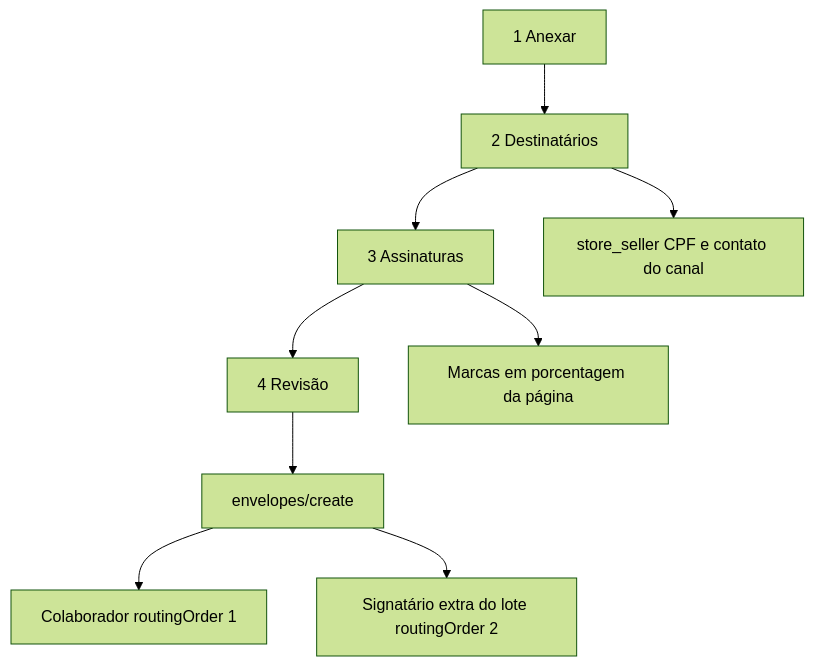
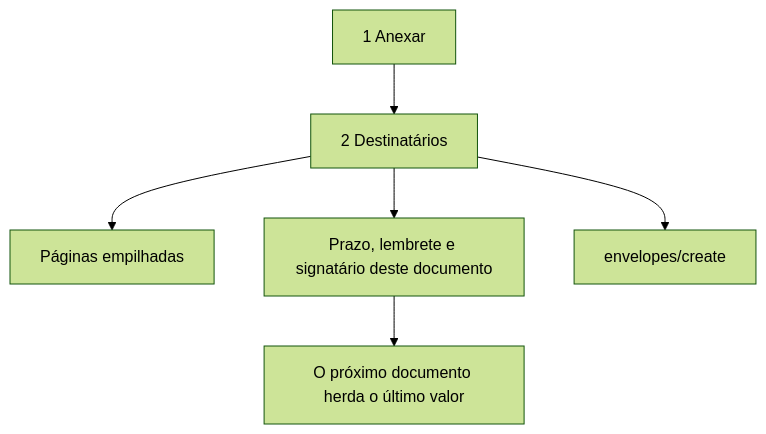
The second of 2 diagrams in .specs/features/document-signing/design.md (santanaebessaltda/wdash), drawn with Mermaid (forest theme) before and after one commit. The commit also changed other lines of this file and 10 other files, not shown here.

````diff
--- a/.specs/features/document-signing/design.md
+++ b/.specs/features/document-signing/design.md
@@ -262,11 +262,8 @@
 ```mermaid
 graph TD
     A[1 Anexar] --> B[2 Destinatários]
-    B --> C[3 Assinaturas]
-    C --> D[4 Revisão]
-    B --> E[store_seller CPF e contato do canal]
-    C --> F[Marcas em porcentagem da página]
-    D --> G[envelopes/create]
-    G --> H[Colaborador routingOrder 1]
-    G --> I[Signatário extra do lote routingOrder 2]
+    B --> C[Páginas empilhadas]
+    B --> D[Prazo, lembrete e signatário deste documento]
+    B --> E[envelopes/create]
+    D --> F[O próximo documento herda o último valor]
 ```
````
